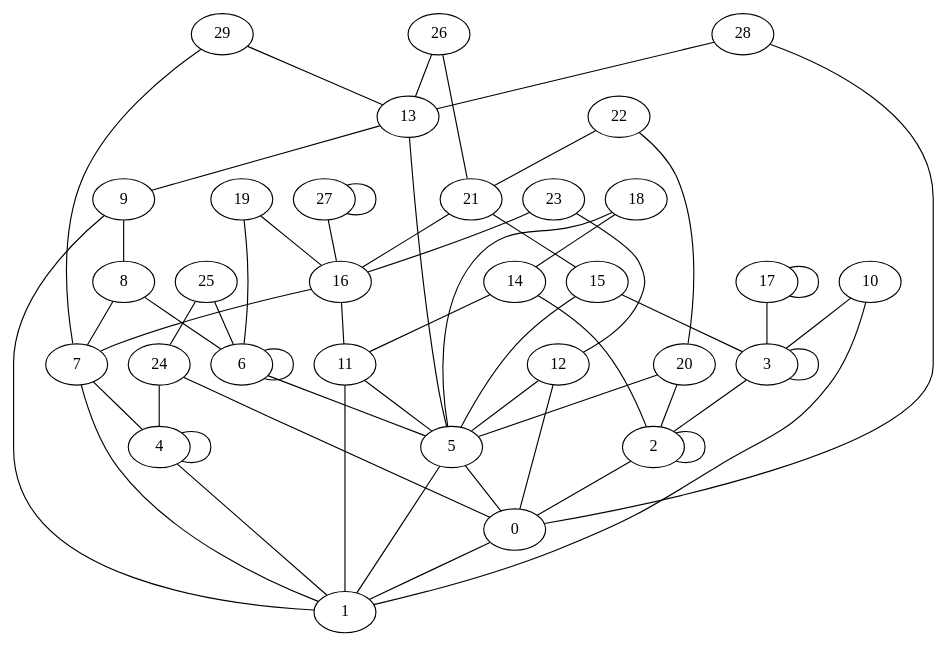
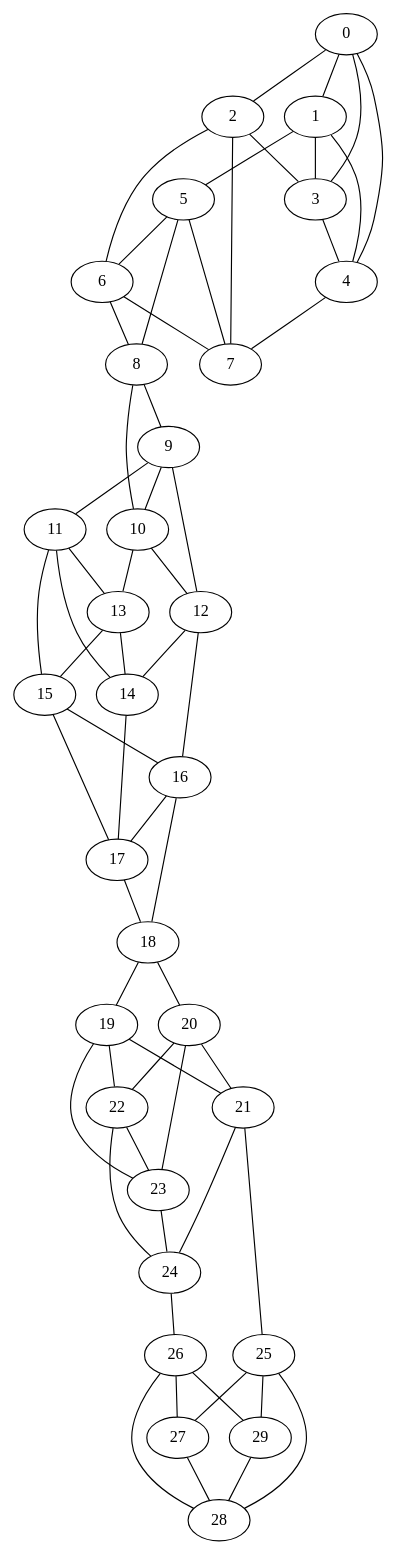
The diagram in Proyecto 1/Grafos_Archivos_GV/grafo_Barabási-Albert_30.gv (amorac4/DAA24), drawn with Graphviz before and after one commit. The commit also changed 5 other files, not shown here.

```diff
--- a/Proyecto 1/Grafos_Archivos_GV/grafo_Barabási-Albert_30.gv
+++ b/Proyecto 1/Grafos_Archivos_GV/grafo_Barabási-Albert_30.gv
@@ -1,59 +1,61 @@
 graph G {
-    "16" -- "11";
-    "15" -- "3";
-    "7" -- "4";
-    "6" -- "6";
-    "6" -- "5";
-    "26" -- "13";
-    "13" -- "5";
-    "9" -- "8";
-    "16" -- "7";
-    "21" -- "16";
-    "14" -- "11";
-    "11" -- "1";
-    "17" -- "3";
-    "29" -- "7";
-    "28" -- "0";
-    "3" -- "3";
-    "10" -- "3";
-    "4" -- "4";
-    "12" -- "5";
-    "18" -- "14";
-    "18" -- "5";
-    "24" -- "0";
-    "5" -- "1";
-    "25" -- "6";
-    "29" -- "13";
-    "2" -- "2";
-    "10" -- "1";
-    "17" -- "17";
-    "24" -- "4";
-    "26" -- "21";
-    "22" -- "20";
-    "11" -- "5";
-    "20" -- "2";
-    "4" -- "1";
-    "12" -- "0";
-    "23" -- "16";
-    "28" -- "13";
-    "15" -- "5";
-    "3" -- "2";
-    "5" -- "0";
-    "9" -- "1";
-    "19" -- "16";
-    "14" -- "2";
+    "4" -- "7";
+    "1" -- "3";
+    "14" -- "17";
+    "22" -- "23";
+    "5" -- "6";
+    "29" -- "28";
+    "21" -- "24";
+    "24" -- "26";
+    "26" -- "28";
+    "8" -- "9";
+    "15" -- "16";
+    "19" -- "23";
+    "25" -- "27";
+    "18" -- "19";
+    "11" -- "14";
+    "12" -- "16";
+    "19" -- "22";
+    "0" -- "3";
+    "5" -- "8";
+    "16" -- "17";
+    "6" -- "7";
+    "20" -- "21";
+    "26" -- "29";
+    "8" -- "10";
+    "10" -- "12";
+    "1" -- "5";
+    "9" -- "11";
+    "0" -- "4";
+    "27" -- "28";
+    "16" -- "18";
+    "18" -- "20";
+    "11" -- "13";
+    "19" -- "21";
+    "25" -- "29";
+    "2" -- "6";
+    "12" -- "14";
+    "20" -- "22";
+    "22" -- "24";
+    "10" -- "13";
+    "13" -- "15";
+    "1" -- "4";
+    "9" -- "10";
+    "2" -- "3";
+    "23" -- "24";
+    "25" -- "28";
+    "15" -- "17";
     "0" -- "1";
-    "13" -- "9";
-    "19" -- "6";
-    "8" -- "6";
-    "27" -- "27";
-    "22" -- "21";
-    "21" -- "15";
-    "25" -- "24";
-    "20" -- "5";
-    "27" -- "16";
-    "7" -- "1";
-    "23" -- "12";
-    "8" -- "7";
-    "2" -- "0";
+    "2" -- "7";
+    "17" -- "18";
+    "20" -- "23";
+    "21" -- "25";
+    "6" -- "8";
+    "26" -- "27";
+    "13" -- "14";
+    "5" -- "7";
+    "11" -- "15";
+    "3" -- "4";
+    "0" -- "2";
+    "9" -- "12";
 }
```
